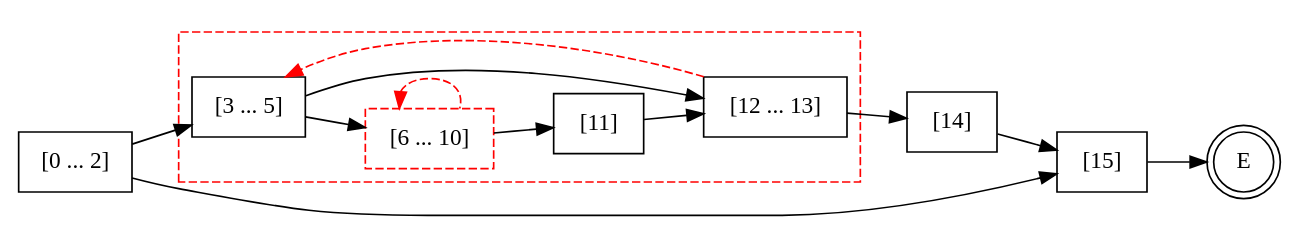
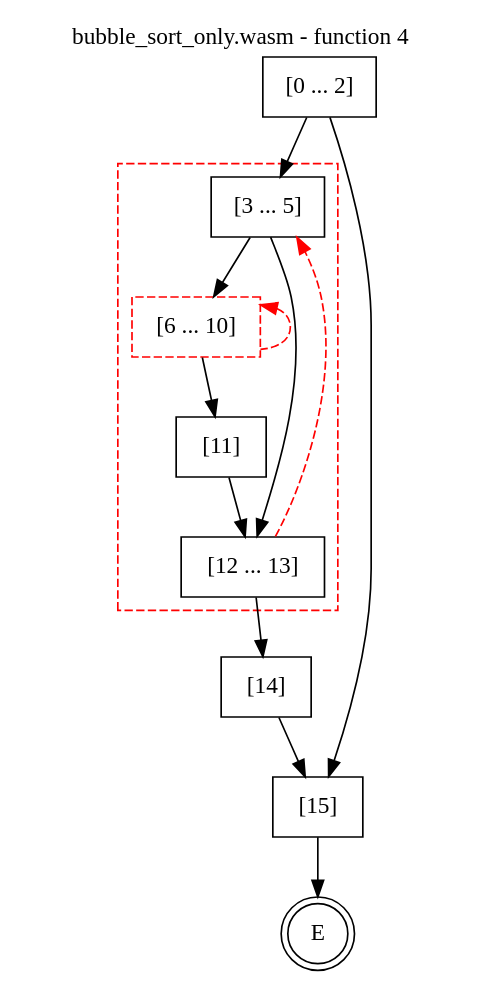
The diagram in test_cases/bubble_sort_only/bubble_sort_only-funcs/bubble_sort_only-func4-e.dot (jsCarleton/wanalyze), drawn with Graphviz before and after one commit. The commit also changed 25 other files, not shown here.

```diff
--- a/test_cases/bubble_sort_only/bubble_sort_only-funcs/bubble_sort_only-func4-e.dot
+++ b/test_cases/bubble_sort_only/bubble_sort_only-funcs/bubble_sort_only-func4-e.dot
@@ -1,32 +1,31 @@
 digraph finite_state_machine {
-    rankdir="LR"
-    label = ""
+    label = "bubble_sort_only.wasm - function 4"
     labelloc =  t
     labelfontsize = 16
     labelfontcolor = black
     labelfontname = "Helvetica"
     node [shape = doublecircle]; E ;
     node [shape = box];
     node [shape=box, color=black, style=solid] 0[label="[0 ... 2]"]
     subgraph cluster_3{
     label = "";
     style = dashed color = red;
     node [shape=box, color=black, style=solid] 3[label="[3 ... 5]"]
     node [shape=box, color=red, style=dashed] 6[label="[6 ... 10]"]
     node [shape=box, color=black, style=solid] 11[label="[11]"]
     node [shape=box, color=black, style=solid] 12[label="[12 ... 13]"]
     }
     node [shape=box, color=black, style=solid] 14[label="[14]"]
     node [shape=box, color=black, style=solid] 15[label="[15]"]
     0 -> 3;
     0 -> 15;
     3 -> 6;
     3 -> 12;
     6 -> 11;
     6 -> 6[style="dashed" color="red" dir=back];
     11 -> 12;
     12 -> 3[style="dashed" color="red"];
     12 -> 14;
     14 -> 15;
     15 -> E;
 }
```
